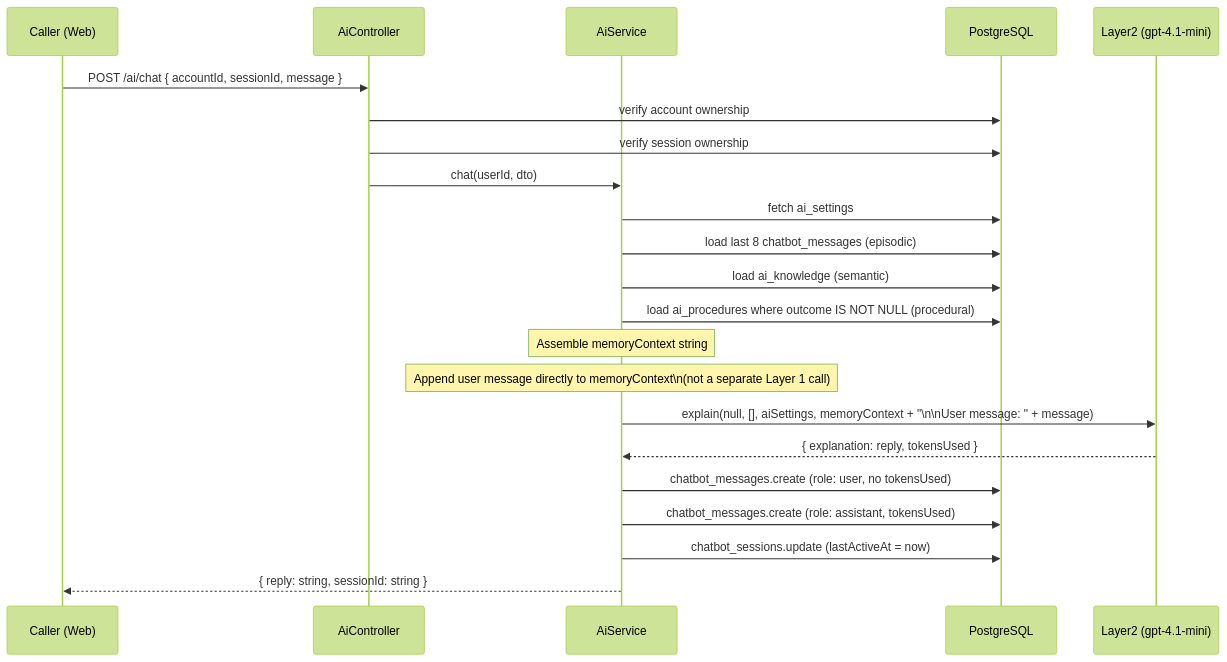
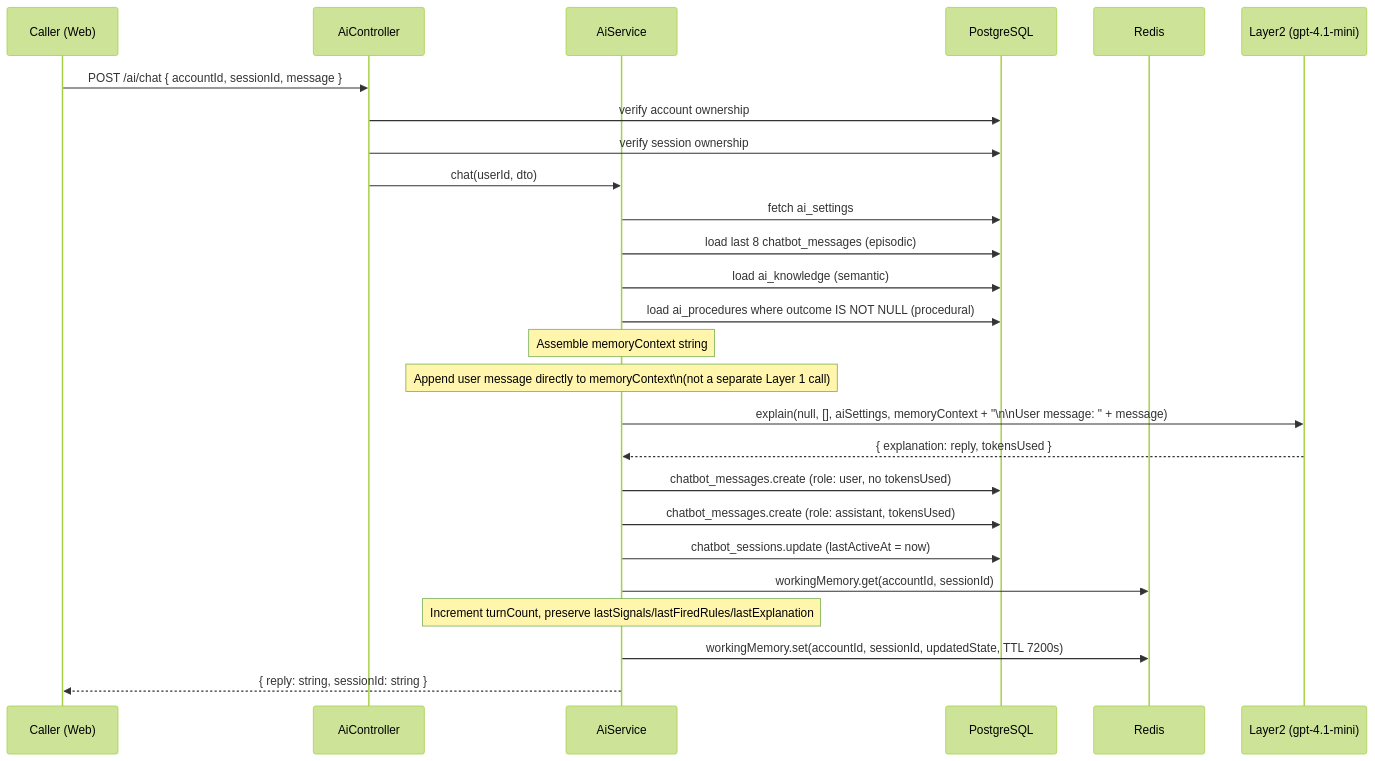
Before and after one commit to toastygoat1/social-manager-app: the fourth of 8 diagrams in docs/ai-module.md, drawn with Mermaid (forest theme). The commit also changed other lines of this file, not shown here.

````diff
--- a/docs/ai-module.md
+++ b/docs/ai-module.md
@@ -430,30 +437,35 @@
 ```mermaid
 sequenceDiagram
     participant C as Caller (Web)
     participant AC as AiController
     participant AS as AiService
     participant DB as PostgreSQL
+    participant R as Redis
     participant L2 as Layer2 (gpt-4.1-mini)
 
     C->>AC: POST /ai/chat { accountId, sessionId, message }
     AC->>DB: verify account ownership
     AC->>DB: verify session ownership
     AC->>AS: chat(userId, dto)
 
     AS->>DB: fetch ai_settings
     AS->>DB: load last 8 chatbot_messages (episodic)
     AS->>DB: load ai_knowledge (semantic)
     AS->>DB: load ai_procedures where outcome IS NOT NULL (procedural)
 
     Note over AS: Assemble memoryContext string
     Note over AS: Append user message directly to memoryContext\n(not a separate Layer 1 call)
 
     AS->>L2: explain(null, [], aiSettings, memoryContext + "\n\nUser message: " + message)
     L2-->>AS: { explanation: reply, tokensUsed }
 
     AS->>DB: chatbot_messages.create (role: user, no tokensUsed)
     AS->>DB: chatbot_messages.create (role: assistant, tokensUsed)
     AS->>DB: chatbot_sessions.update (lastActiveAt = now)
 
+    AS->>R: workingMemory.get(accountId, sessionId)
+    Note over AS: Increment turnCount, preserve lastSignals/lastFiredRules/lastExplanation
+    AS->>R: workingMemory.set(accountId, sessionId, updatedState, TTL 7200s)
+
     AS-->>C: { reply: string, sessionId: string }
 ```
````
